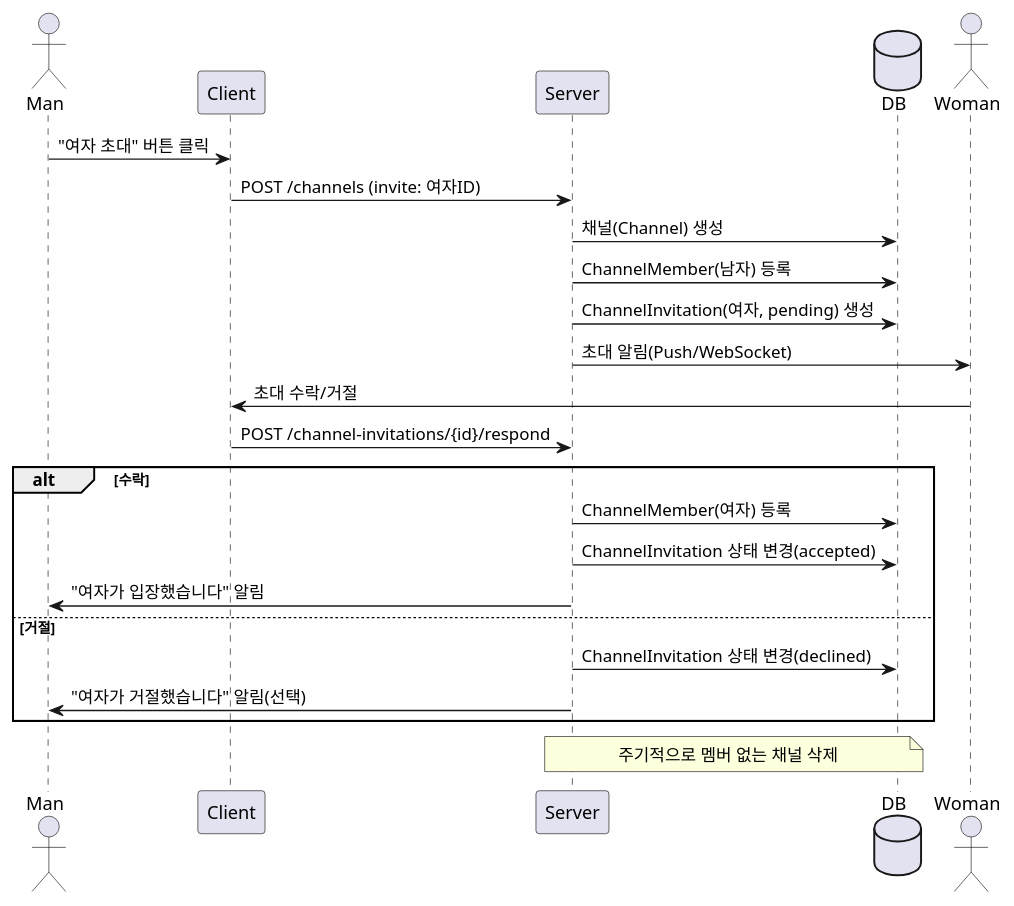
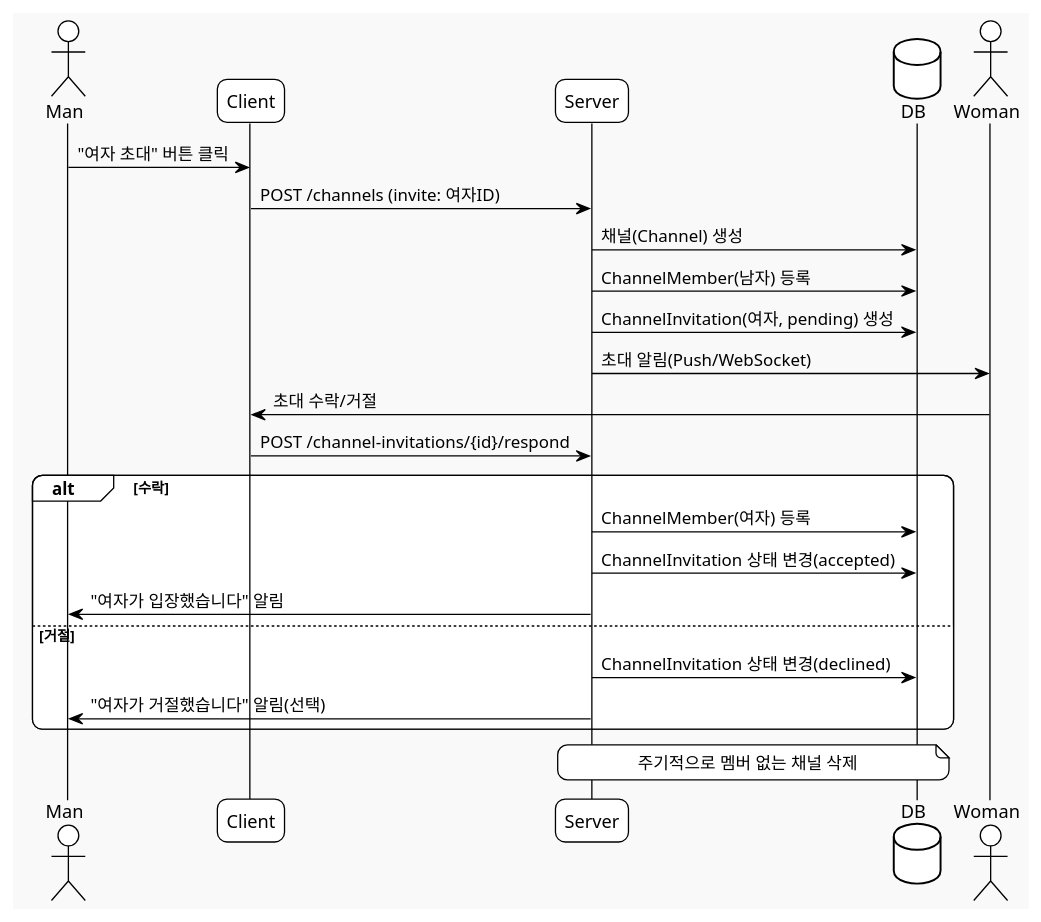
The diagram in puml/sequence/seq_channel_invitation_sequence.puml (aw-birdgang/saiondo), drawn with PlantUML before and after one commit. The commit also changed 43 other files, not shown here.

```diff
--- a/puml/sequence/seq_channel_invitation_sequence.puml
+++ b/puml/sequence/seq_channel_invitation_sequence.puml
@@ -1,25 +1,35 @@
 @startuml
+!theme plain
+skinparam componentStyle uml2
+skinparam shadowing false
+skinparam roundcorner 15
+skinparam monochrome true
+skinparam backgroundColor #F9F9F9
+skinparam ArrowColor Black
+skinparam ArrowFontColor Black
+skinparam defaultFontName "Nanum Gothic"
+
 actor Man as 남자
 participant "Client" as Client
 participant "Server" as Server
 database "DB" as DB
 actor Woman as 여자
 
 남자 -> Client: "여자 초대" 버튼 클릭
 Client -> Server: POST /channels (invite: 여자ID)
 Server -> DB: 채널(Channel) 생성
 Server -> DB: ChannelMember(남자) 등록
 Server -> DB: ChannelInvitation(여자, pending) 생성
 Server -> 여자: 초대 알림(Push/WebSocket)
 여자 -> Client: 초대 수락/거절
 Client -> Server: POST /channel-invitations/{id}/respond
 alt 수락
     Server -> DB: ChannelMember(여자) 등록
     Server -> DB: ChannelInvitation 상태 변경(accepted)
     Server -> 남자: "여자가 입장했습니다" 알림
 else 거절
     Server -> DB: ChannelInvitation 상태 변경(declined)
     Server -> 남자: "여자가 거절했습니다" 알림(선택)
 end
 note over Server, DB: 주기적으로 멤버 없는 채널 삭제
 @enduml
```
